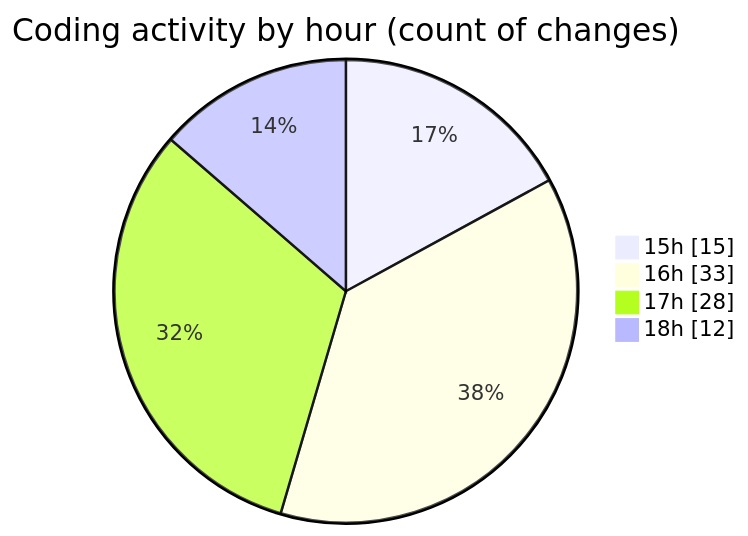
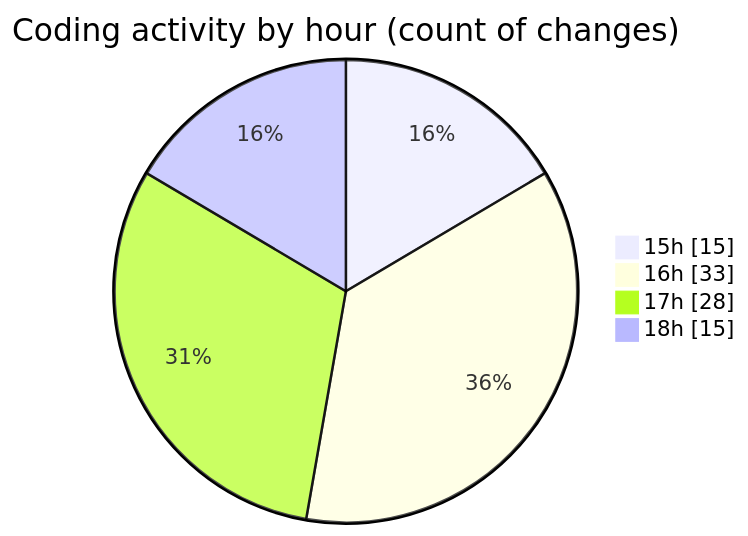
One commit to donsfak/code-tracking changed the second of 2 diagrams in 2025-02-25/trackers_app/README.md. Above: the diagram before and after it, drawn with Mermaid. The commit also changed other lines of this file and 1 other file, not shown here.

````diff
--- a/2025-02-25/trackers_app/README.md
+++ b/2025-02-25/trackers_app/README.md
@@ -40,8 +40,8 @@
 ```mermaid
 pie showData
 title Coding activity by hour (count of changes)
 "15h" : 15
 "16h" : 33
 "17h" : 28
-"18h" : 12
+"18h" : 15
 ```
````
